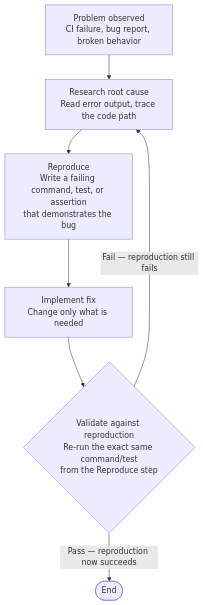
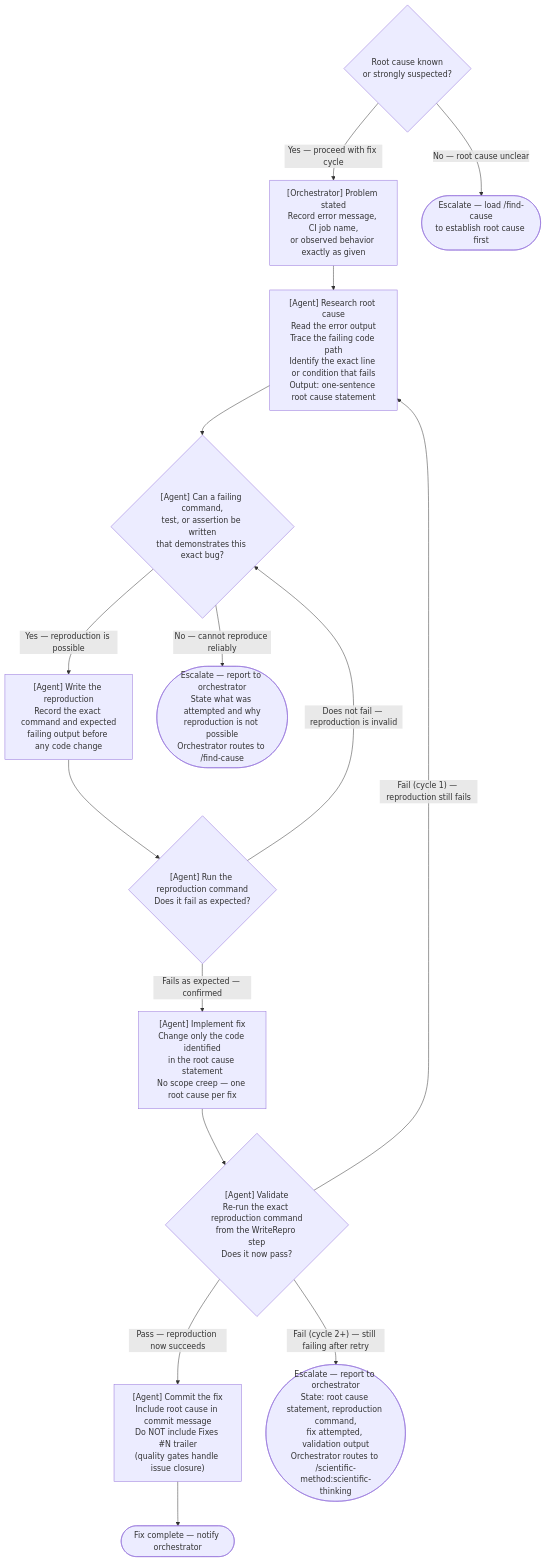
The diagram in .claude/rules/fix-delegation-discipline.md (chgreer1070/claude_skills), drawn with Mermaid before and after one commit. The commit also changed other lines of this file and 4 other files, not shown here.

````diff
--- a/.claude/rules/fix-delegation-discipline.md
+++ b/.claude/rules/fix-delegation-discipline.md
@@ -7,9 +7,26 @@
 ```mermaid
 flowchart TD
-    P["Problem observed<br>CI failure, bug report, broken behavior"] --> R["Research root cause<br>Read error output, trace the code path"]
-    R --> Repro["Reproduce<br>Write a failing command, test, or assertion<br>that demonstrates the bug"]
-    Repro --> Impl["Implement fix<br>Change only what is needed"]
-    Impl --> Val{"Validate against reproduction<br>Re-run the exact same command/test<br>from the Reproduce step"}
-    Val -->|"Pass — reproduction now succeeds"| Done([End])
-    Val -->|"Fail — reproduction still fails"| R
+    Entry{"Root cause known<br>or strongly suspected?"}
+    Entry -->|"Yes — proceed with fix cycle"| P
+    Entry -->|"No — root cause unclear"| FindCause(["Escalate — load /find-cause<br>to establish root cause first"])
+
+    P["[Orchestrator] Problem stated<br>Record error message, CI job name,<br>or observed behavior exactly as given"]
+    P --> R["[Agent] Research root cause<br>Read the error output<br>Trace the failing code path<br>Identify the exact line or condition that fails<br>Output: one-sentence root cause statement"]
+
+    R --> Repro{"[Agent] Can a failing command,<br>test, or assertion be written<br>that demonstrates this exact bug?"}
+    Repro -->|"Yes — reproduction is possible"| WriteRepro["[Agent] Write the reproduction<br>Record the exact command and expected<br>failing output before any code change"]
+    Repro -->|"No — cannot reproduce reliably"| CannotRepro(["Escalate — report to orchestrator<br>State what was attempted and why<br>reproduction is not possible<br>Orchestrator routes to /find-cause"])
+
+    WriteRepro --> RunRepro{"[Agent] Run the reproduction command<br>Does it fail as expected?"}
+    RunRepro -->|"Fails as expected — confirmed"| Impl
+    RunRepro -->|"Does not fail — reproduction is invalid"| Repro
+
+    Impl["[Agent] Implement fix<br>Change only the code identified<br>in the root cause statement<br>No scope creep — one root cause per fix"]
+
+    Impl --> Val{"[Agent] Validate<br>Re-run the exact reproduction command<br>from the WriteRepro step<br>Does it now pass?"}
+    Val -->|"Pass — reproduction now succeeds"| Commit["[Agent] Commit the fix<br>Include root cause in commit message<br>Do NOT include Fixes #N trailer<br>(quality gates handle issue closure)"]
+    Commit --> Done(["Fix complete — notify orchestrator"])
+
+    Val -->|"Fail (cycle 1) — reproduction still fails"| R
+    Val -->|"Fail (cycle 2+) — still failing after retry"| Stuck(["Escalate — report to orchestrator<br>State: root cause statement, reproduction command,<br>fix attempted, validation output<br>Orchestrator routes to /scientific-method:scientific-thinking"])
 ```
````
